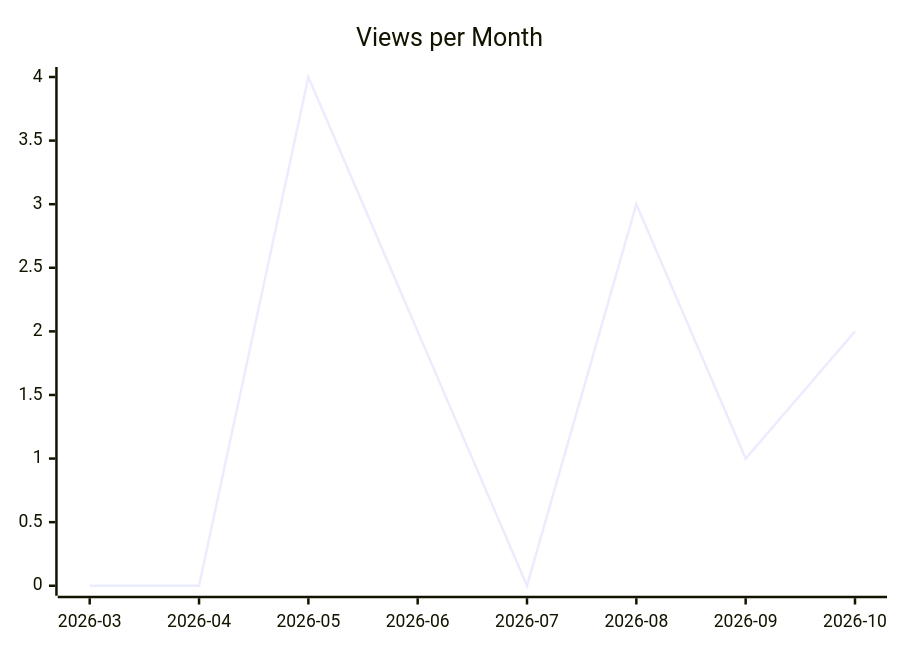
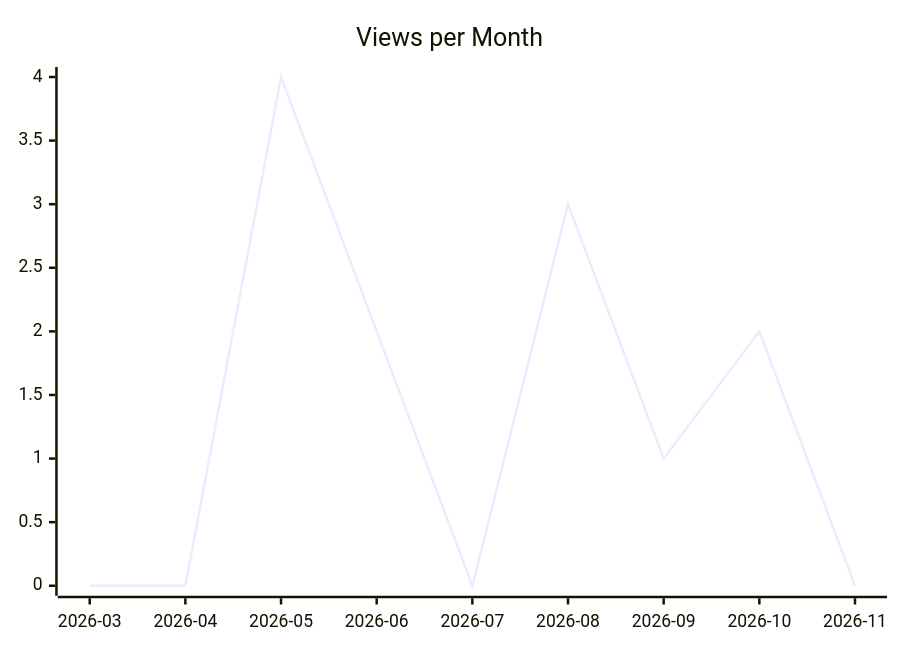
The second of 3 diagrams in karlmdavis/kobjects/README.md (justdavis-family/github-analytics-data), drawn with Mermaid before and after one commit. The commit also changed other lines of this file and 201 other files, not shown here.

````diff
--- a/karlmdavis/kobjects/README.md
+++ b/karlmdavis/kobjects/README.md
@@ -12,6 +12,6 @@
 ```mermaid
 xychart-beta
   title "Views per Month"
-  x-axis ["2026-03", "2026-04", "2026-05", "2026-06", "2026-07", "2026-08", "2026-09", "2026-10"]
-  line [0, 0, 4, 2, 0, 3, 1, 2]
+  x-axis ["2026-03", "2026-04", "2026-05", "2026-06", "2026-07", "2026-08", "2026-09", "2026-10", "2026-11"]
+  line [0, 0, 4, 2, 0, 3, 1, 2, 0]
 ```
````
